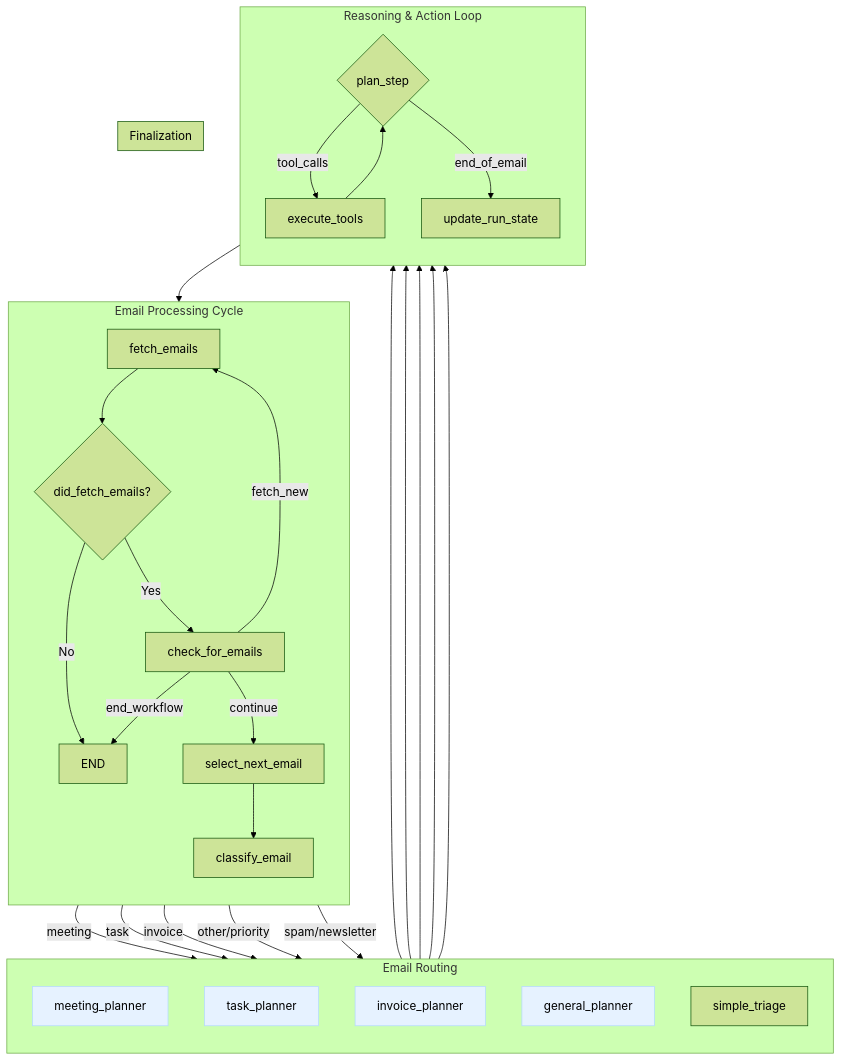
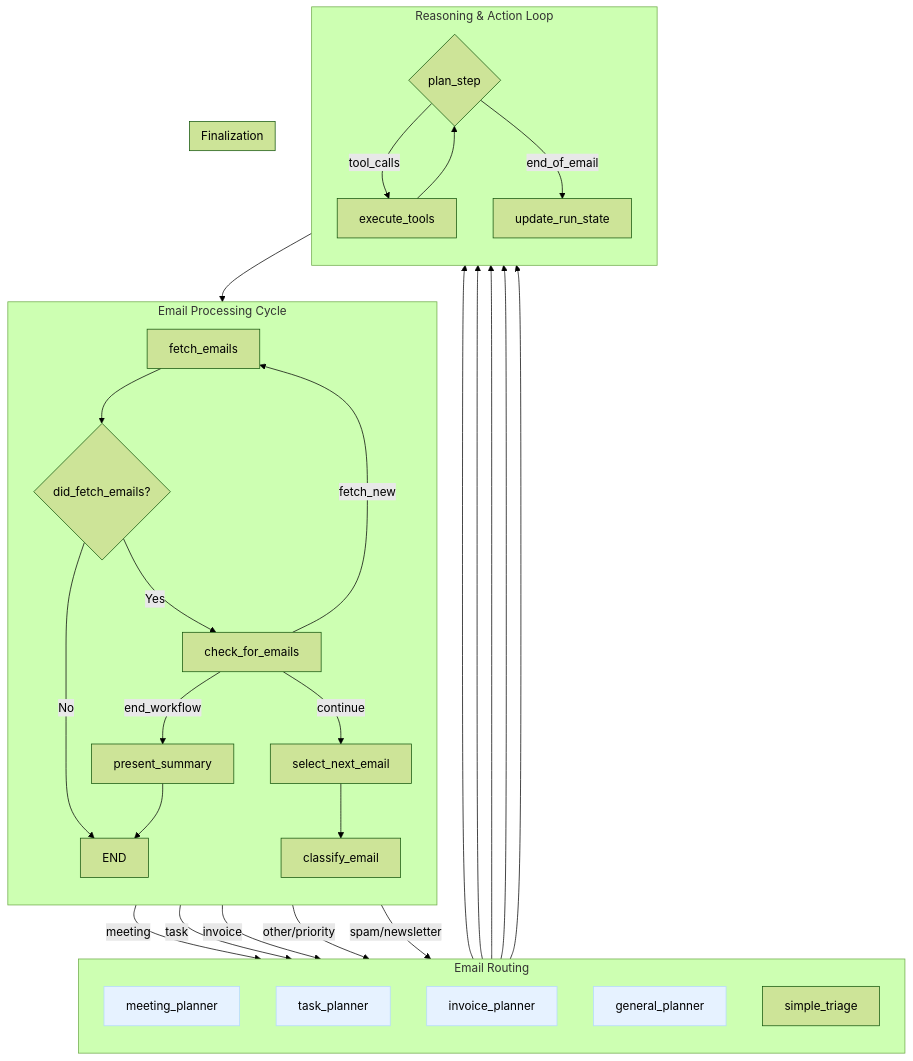
One commit to bk-anupam/AgentPlayground changed the diagram in email_assistant/docs/email_agent_design.md. Above: the diagram before and after it, drawn with Mermaid (forest theme). The commit also changed other lines of this file and 1 other file, not shown here.

````diff
--- a/email_assistant/docs/email_agent_design.md
+++ b/email_assistant/docs/email_agent_design.md
@@ -140,45 +181,46 @@
 ```mermaid
 graph TD
     subgraph "Email Processing Cycle"
         direction TB
         A[fetch_emails] --> B{did_fetch_emails?};
         B -- "Yes" --> C[check_for_emails];
         B -- "No" --> Z[END];
 
         C -- "continue" --> D[select_next_email];
         C -- "fetch_new" --> A;
-        C -- "end_workflow" --> Z;
+        C -- "end_workflow" --> P[present_summary];
         
         D --> E[classify_email];
     end
 
     subgraph "Email Routing"
         direction TB
         E -- "meeting" --> F[meeting_planner];
         E -- "task" --> G[task_planner];
         E -- "invoice" --> H[invoice_planner];
         E -- "other/priority" --> I[general_planner];
         E -- "spam/newsletter" --> J[simple_triage];
     end
 
     subgraph "Reasoning & Action Loop"
         direction TB
         F --> K{plan_step};
         G --> K;
         H --> K;
         I --> K;
 
         K -- "tool_calls" --> L[execute_tools];
         L --> K;
         K -- "end_of_email" --> M[update_run_state];
     end
 
     subgraph "Finalization"
         J --> M;
         M --> C;
+        P --> Z;
     end
 
     %% Style
     classDef planner fill:#e6f2ff,stroke:#b3d9ff;
     class F,G,H,I planner;
 ```
````
